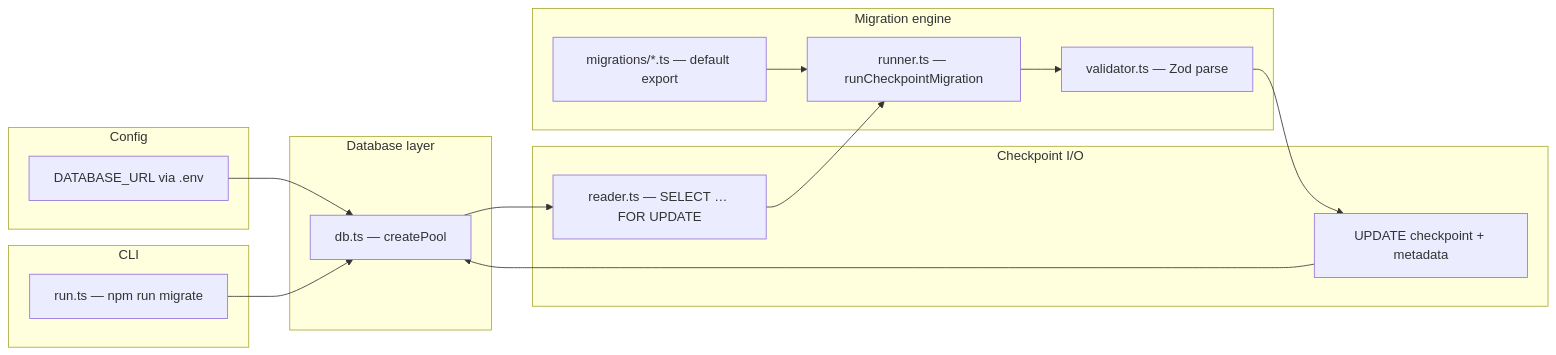
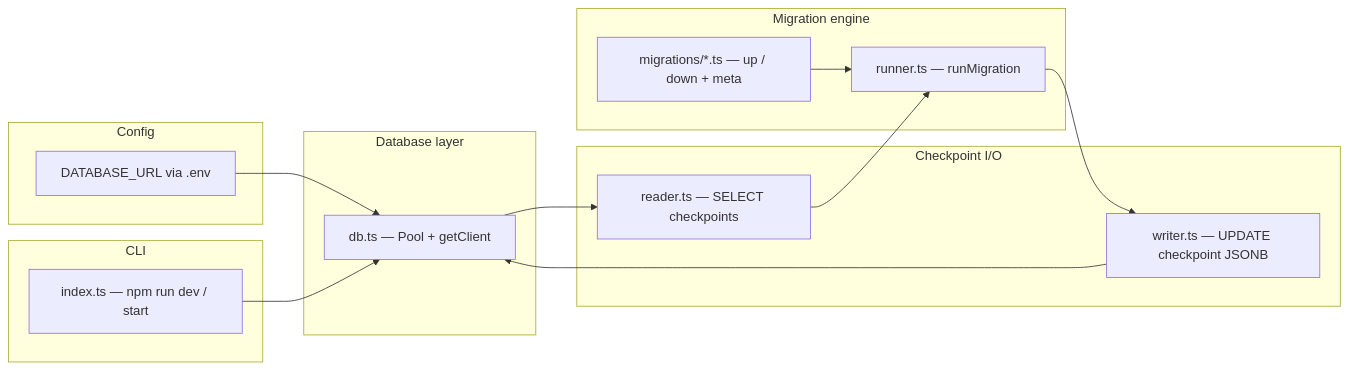
The diagram in ARCHITECTURE.md (AnubhavMishra22/Agent-Migrate-AI), drawn with Mermaid before and after one commit. The commit also changed other lines of this file and 3 other files, not shown here.

````diff
--- a/ARCHITECTURE.md
+++ b/ARCHITECTURE.md
@@ -15,34 +15,32 @@
 ```mermaid
 flowchart LR
   subgraph config["Config"]
     ENV["DATABASE_URL via .env"]
   end
 
   subgraph db_layer["Database layer"]
-    Pool["db.ts — createPool"]
+    Pool["db.ts — Pool + getClient"]
   end
 
   subgraph io["Checkpoint I/O"]
-    Reader["reader.ts — SELECT … FOR UPDATE"]
-    SQL["UPDATE checkpoint + metadata"]
+    Reader["reader.ts — SELECT checkpoints"]
+    Writer["writer.ts — UPDATE checkpoint JSONB"]
   end
 
   subgraph engine["Migration engine"]
-    Runner["runner.ts — runCheckpointMigration"]
-    Mig["migrations/*.ts — default export"]
-    Val["validator.ts — Zod parse"]
+    Runner["runner.ts — runMigration"]
+    Mig["migrations/*.ts — up / down + meta"]
   end
 
   subgraph cli["CLI"]
-    Run["run.ts — npm run migrate"]
+    Entry["index.ts — npm run dev / start"]
   end
 
   ENV --> Pool
-  Run --> Pool
+  Entry --> Pool
   Pool --> Reader
   Reader --> Runner
   Mig --> Runner
-  Runner --> Val
-  Val --> SQL
-  SQL --> Pool
+  Runner --> Writer
+  Writer --> Pool
 ```
````
